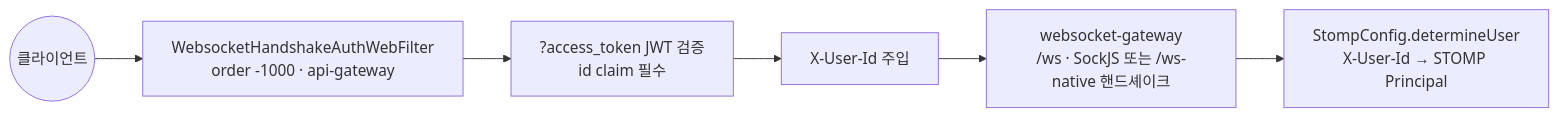
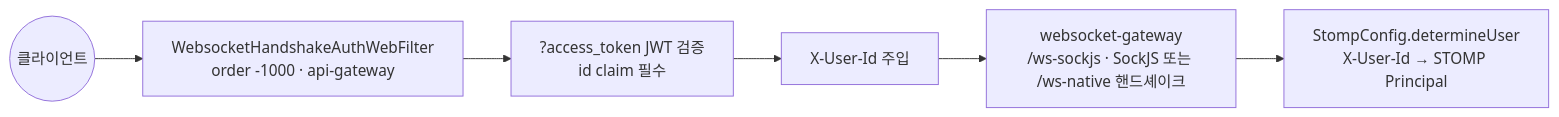
Before and after one commit to noah0504789/crypto-project-backend: the eighth of 17 diagrams in docs/SERVICE_FLOWS.md, drawn with Mermaid. The commit also changed other lines of this file and 22 other files, not shown here.

````diff
--- a/docs/SERVICE_FLOWS.md
+++ b/docs/SERVICE_FLOWS.md
@@ -185,11 +185,11 @@
 ```mermaid
 graph LR
   C(("클라이언트"))
   F["WebsocketHandshakeAuthWebFilter<br/>order -1000 · api-gateway"]
   V["?access_token JWT 검증<br/>id claim 필수"]
   H["X-User-Id 주입"]
-  WS["websocket-gateway<br/>/ws · SockJS 또는 /ws-native 핸드셰이크"]
+  WS["websocket-gateway<br/>/ws-sockjs · SockJS 또는 /ws-native 핸드셰이크"]
   PR["StompConfig.determineUser<br/>X-User-Id → STOMP Principal"]
 
   C --> F --> V --> H --> WS --> PR
 ```
````
